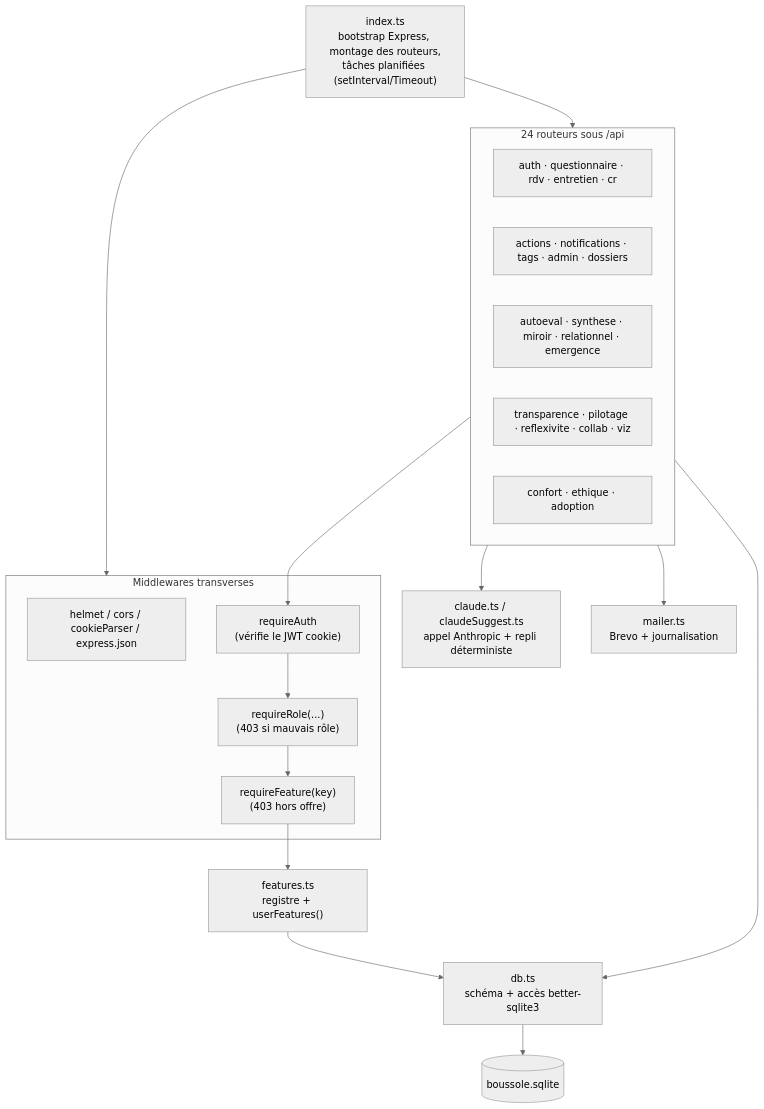
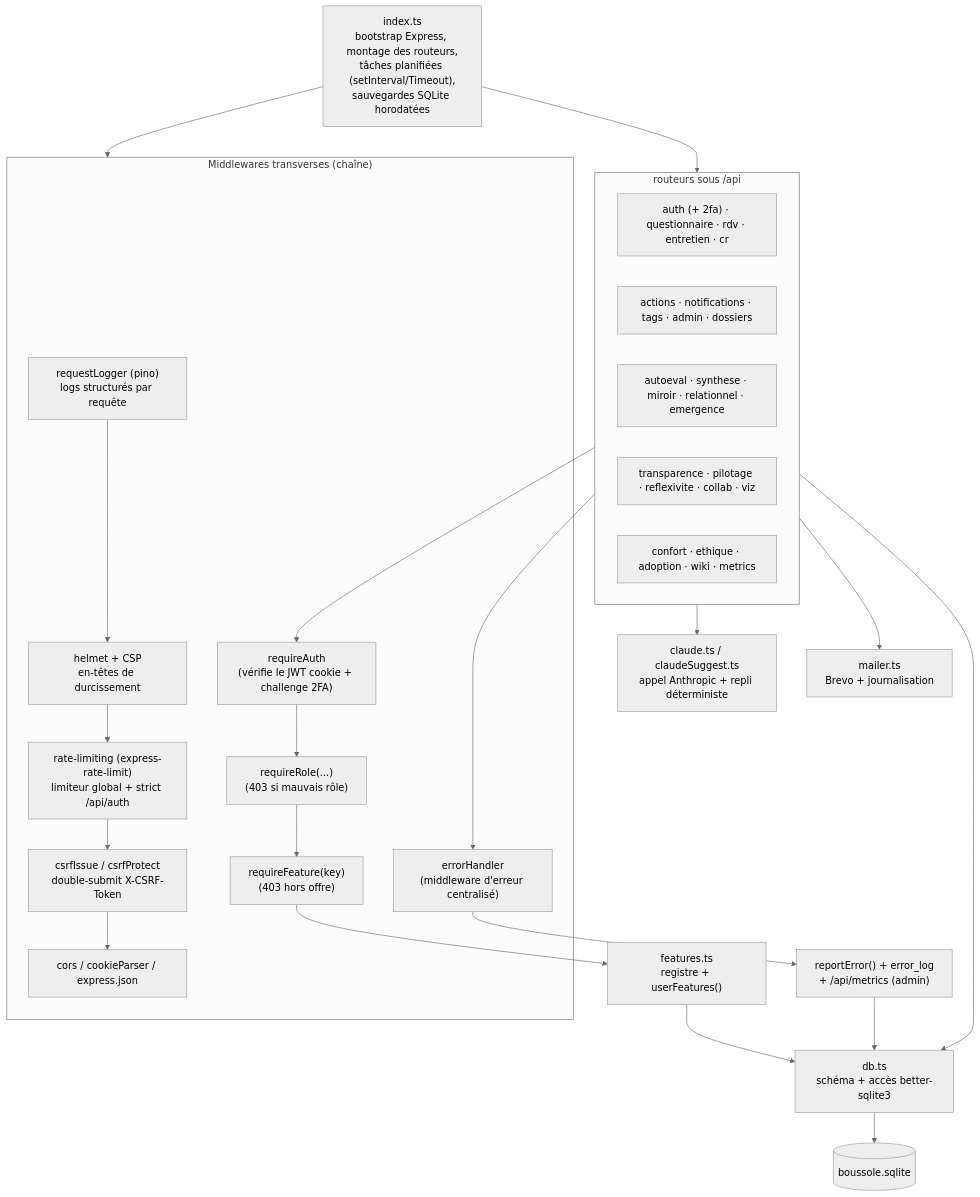
Before and after one commit to melafrit/FAD130_accompagnement_pro: the third of 5 diagrams in app/api/src/wiki/content/technical-architecture.md, drawn with Mermaid (neutral theme). The commit also changed other lines of this file and 14 other files, not shown here.

````diff
--- a/app/api/src/wiki/content/technical-architecture.md
+++ b/app/api/src/wiki/content/technical-architecture.md
@@ -99,35 +103,45 @@
 ```mermaid
 graph TD
-    entry["index.ts<br/>bootstrap Express, montage des routeurs,<br/>tâches planifiées (setInterval/Timeout)"]
+    entry["index.ts<br/>bootstrap Express, montage des routeurs,<br/>tâches planifiées (setInterval/Timeout),<br/>sauvegardes SQLite horodatées"]
 
-    subgraph mw["Middlewares transverses"]
-        helmet["helmet / cors / cookieParser / express.json"]
-        auth["requireAuth<br/>(vérifie le JWT cookie)"]
+    subgraph mw["Middlewares transverses (chaîne)"]
+        log["requestLogger (pino)<br/>logs structurés par requête"]
+        sec["helmet + CSP<br/>en-têtes de durcissement"]
+        rl["rate-limiting (express-rate-limit)<br/>limiteur global + strict /api/auth"]
+        csrf["csrfIssue / csrfProtect<br/>double-submit X-CSRF-Token"]
+        base["cors / cookieParser / express.json"]
+        auth["requireAuth<br/>(vérifie le JWT cookie + challenge 2FA)"]
         role["requireRole(...)<br/>(403 si mauvais rôle)"]
         feat["requireFeature(key)<br/>(403 hors offre)"]
+        err["errorHandler<br/>(middleware d'erreur centralisé)"]
     end
 
-    subgraph routers["24 routeurs sous /api"]
-        r1["auth · questionnaire · rdv · entretien · cr"]
+    subgraph routers["routeurs sous /api"]
+        r1["auth (+ 2fa) · questionnaire · rdv · entretien · cr"]
         r2["actions · notifications · tags · admin · dossiers"]
         r3["autoeval · synthese · miroir · relationnel · emergence"]
         r4["transparence · pilotage · reflexivite · collab · viz"]
-        r5["confort · ethique · adoption"]
+        r5["confort · ethique · adoption · wiki · metrics"]
     end
 
     ai["claude.ts / claudeSuggest.ts<br/>appel Anthropic + repli déterministe"]
     mail["mailer.ts<br/>Brevo + journalisation"]
     featreg["features.ts<br/>registre + userFeatures()"]
+    obs["reportError() + error_log<br/>+ /api/metrics (admin)"]
     dbmod["db.ts<br/>schéma + accès better-sqlite3"]
     sqlite[("boussole.sqlite")]
 
     entry --> mw
     entry --> routers
+    log --> sec --> rl --> csrf --> base
     routers --> auth --> role --> feat
     routers --> ai
     routers --> mail
+    routers --> err
+    err --> obs
     feat --> featreg
     routers --> dbmod
     featreg --> dbmod
+    obs --> dbmod
     dbmod --> sqlite
 ```
````
